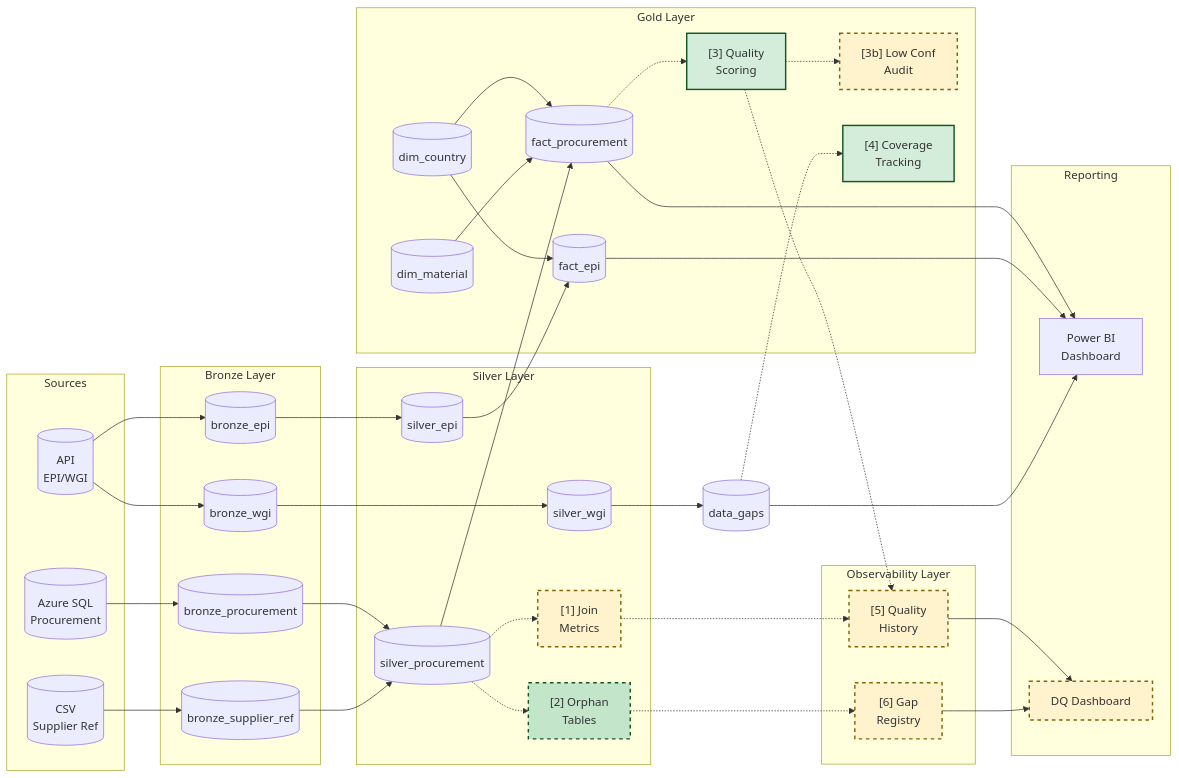
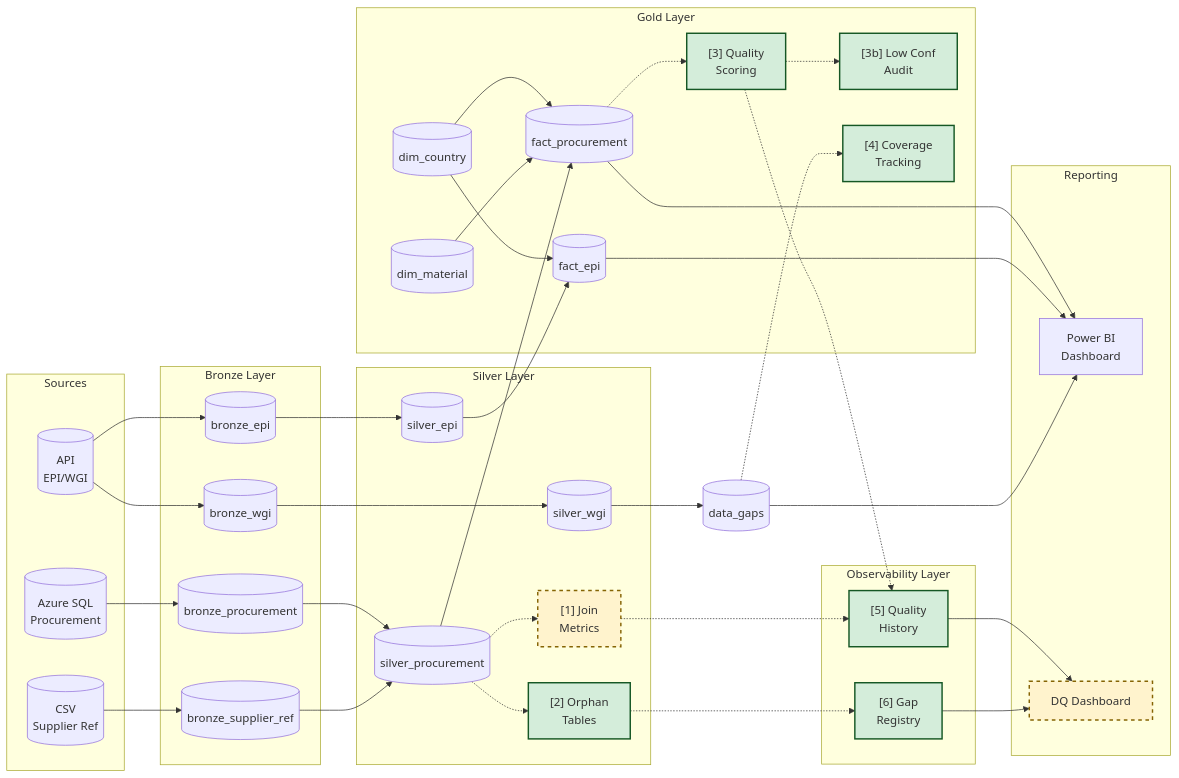
The diagram in .claude/support/documents/data_quality_architecture.md (erikemilsson/OEMMatInsightBI), drawn with Mermaid before and after one commit. The commit also changed other lines of this file and 10 other files, not shown here.

````diff
--- a/.claude/support/documents/data_quality_architecture.md
+++ b/.claude/support/documents/data_quality_architecture.md
@@ -83,16 +83,14 @@
     Q6 --> R2
 
     %% Styling - Implemented (green)
+    style Q2 fill:#d4edda,stroke:#155724,stroke-width:2px
     style Q3 fill:#d4edda,stroke:#155724,stroke-width:2px
+    style Q3b fill:#d4edda,stroke:#155724,stroke-width:2px
     style Q4 fill:#d4edda,stroke:#155724,stroke-width:2px
-
-    %% Styling - Partial (light green)
-    style Q2 fill:#c3e6cb,stroke:#155724,stroke-width:2px,stroke-dasharray:5
+    style Q5 fill:#d4edda,stroke:#155724,stroke-width:2px
+    style Q6 fill:#d4edda,stroke:#155724,stroke-width:2px
 
     %% Styling - Planned (yellow, dashed)
     style Q1 fill:#fff3cd,stroke:#856404,stroke-width:2px,stroke-dasharray:5
-    style Q3b fill:#fff3cd,stroke:#856404,stroke-width:2px,stroke-dasharray:5
-    style Q5 fill:#fff3cd,stroke:#856404,stroke-width:2px,stroke-dasharray:5
-    style Q6 fill:#fff3cd,stroke:#856404,stroke-width:2px,stroke-dasharray:5
     style R2 fill:#fff3cd,stroke:#856404,stroke-width:2px,stroke-dasharray:5
 ```
````
